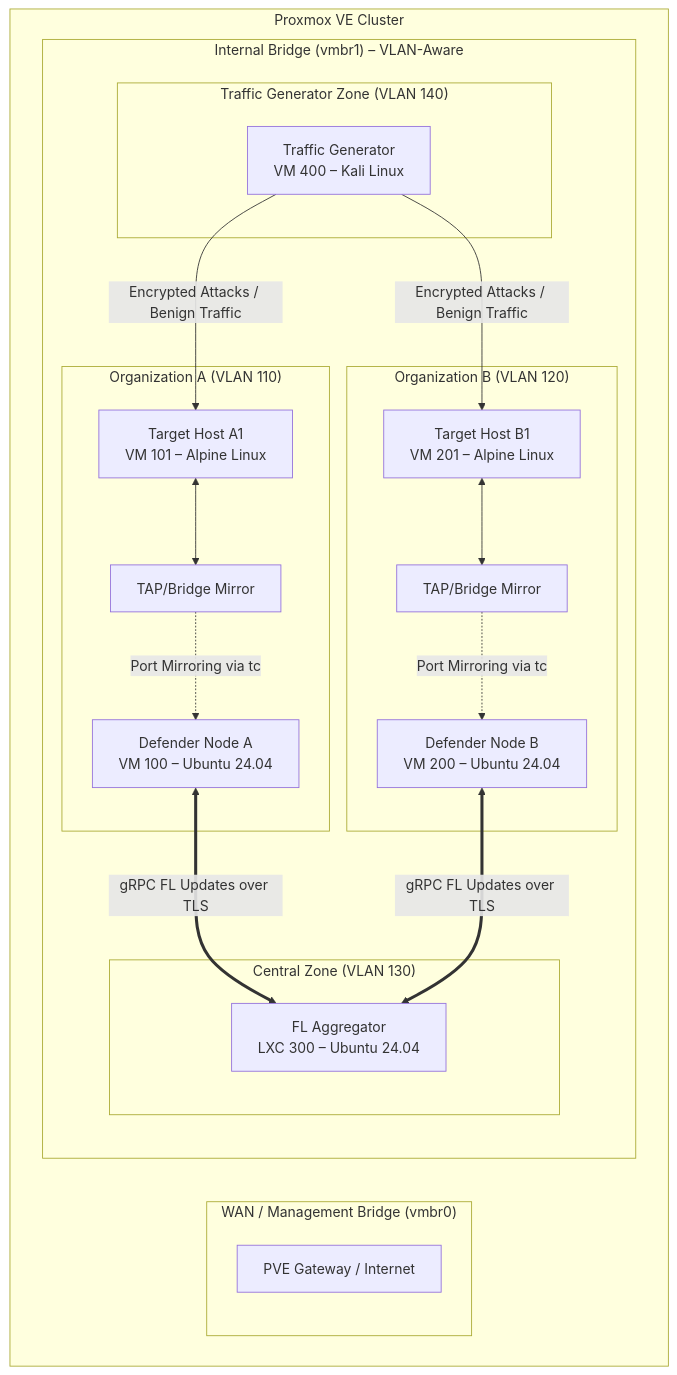
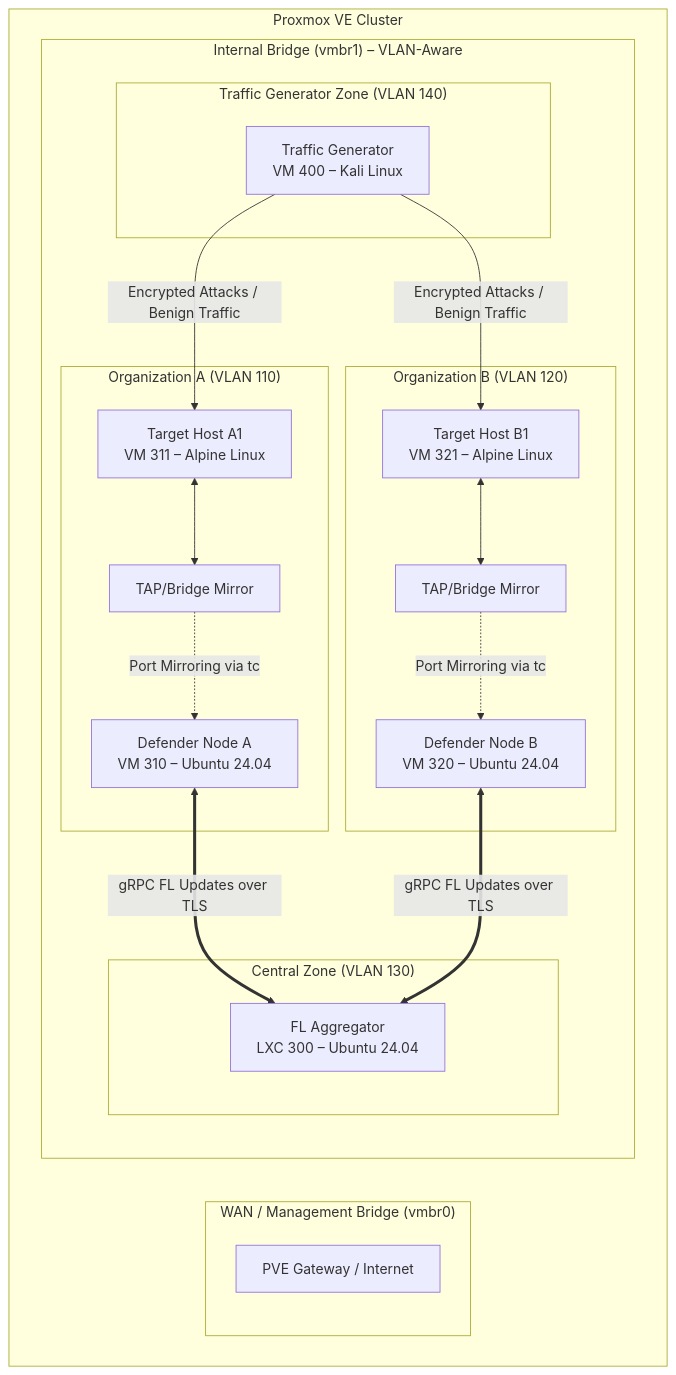
One commit to rhaffle87/fl-cl changed the diagram in docs/02_architecture.md. Above: the diagram before and after it, drawn with Mermaid. The commit also changed other lines of this file and 20 other files, not shown here.

````diff
--- a/docs/02_architecture.md
+++ b/docs/02_architecture.md
@@ -22,42 +22,42 @@
 ```mermaid
 graph TD
     subgraph PVE_Cluster ["Proxmox VE Cluster"]
         subgraph WAN_Mgmt["WAN / Management Bridge (vmbr0)"]
             Router[PVE Gateway / Internet]
         end
 
         subgraph SDN["Internal Bridge (vmbr1) – VLAN-Aware"]
             subgraph CentralZone["Central Zone (VLAN 130)"]
                 Aggregator["FL Aggregator<br/>LXC 300 – Ubuntu 24.04"]
             end
             
             subgraph OrgA["Organization A (VLAN 110)"]
-                DefenderA["Defender Node A<br/>VM 100 – Ubuntu 24.04"]
-                TargetA["Target Host A1<br/>VM 101 – Alpine Linux"]
+                DefenderA["Defender Node A<br/>VM 310 – Ubuntu 24.04"]
+                TargetA["Target Host A1<br/>VM 311 – Alpine Linux"]
                 MirrorA["TAP/Bridge Mirror"]
             end
 
             subgraph OrgB["Organization B (VLAN 120)"]
-                DefenderB["Defender Node B<br/>VM 200 – Ubuntu 24.04"]
-                TargetB["Target Host B1<br/>VM 201 – Alpine Linux"]
+                DefenderB["Defender Node B<br/>VM 320 – Ubuntu 24.04"]
+                TargetB["Target Host B1<br/>VM 321 – Alpine Linux"]
                 MirrorB["TAP/Bridge Mirror"]
             end
             
             subgraph TrafficZone["Traffic Generator Zone (VLAN 140)"]
                 Attacker["Traffic Generator<br/>VM 400 – Kali Linux"]
             end
         end
     end
 
     Attacker -->|Encrypted Attacks / Benign Traffic| TargetA
     Attacker -->|Encrypted Attacks / Benign Traffic| TargetB
     
     TargetA <--> MirrorA
     TargetB <--> MirrorB
     
     MirrorA -.->|Port Mirroring via tc| DefenderA
     MirrorB -.->|Port Mirroring via tc| DefenderB
 
     DefenderA <==>|gRPC FL Updates over TLS| Aggregator
     DefenderB <==>|gRPC FL Updates over TLS| Aggregator
 ```
````
